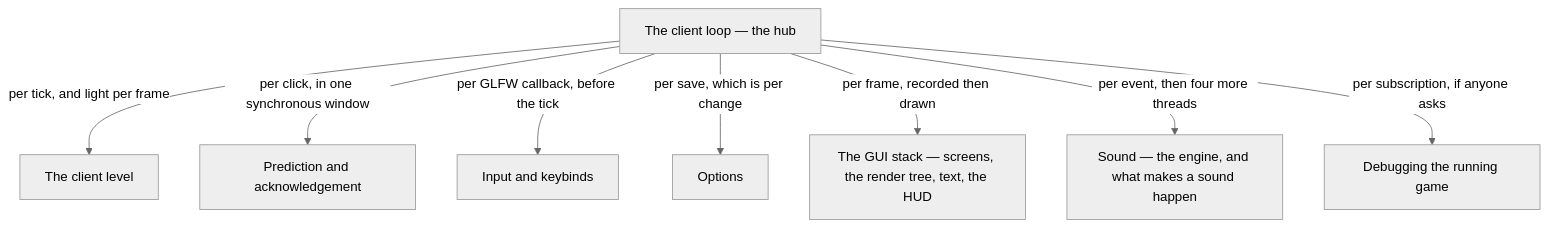
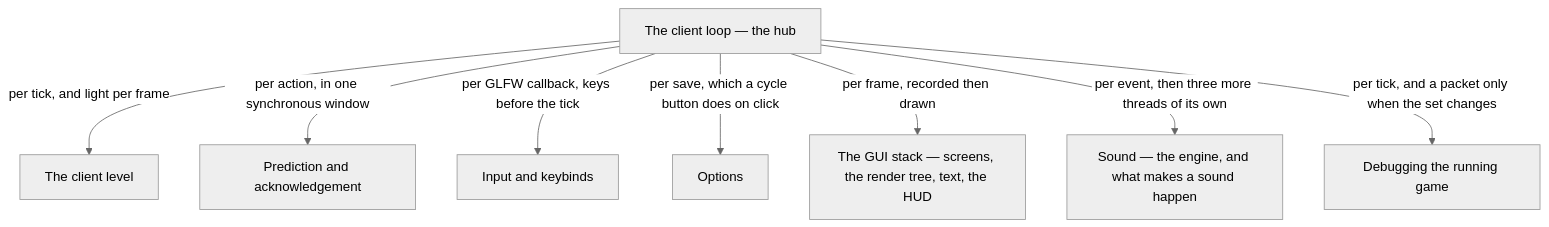
The diagram in src/systems/client/README.md (AlexanderjFraser/MinecraftDocs), drawn with Mermaid (neutral theme) before and after one commit. The commit also changed other lines of this file and 7 other files, not shown here.

````diff
--- a/src/systems/client/README.md
+++ b/src/systems/client/README.md
@@ -23,18 +27,18 @@
 ```mermaid
 flowchart TD
     LOOP["The client loop — the hub"]
     LEVEL["The client level"]
     PRED["Prediction and acknowledgement"]
     INPUT["Input and keybinds"]
     OPT["Options"]
     GUI["The GUI stack — screens, the render tree, text, the HUD"]
     SND["Sound — the engine, and what makes a sound happen"]
     DBG["Debugging the running game"]
     LOOP -- "per tick, and light per frame" --> LEVEL
-    LOOP -- "per click, in one synchronous window" --> PRED
-    LOOP -- "per GLFW callback, before the tick" --> INPUT
-    LOOP -- "per save, which is per change" --> OPT
+    LOOP -- "per action, in one synchronous window" --> PRED
+    LOOP -- "per GLFW callback, keys before the tick" --> INPUT
+    LOOP -- "per save, which a cycle button does on click" --> OPT
     LOOP -- "per frame, recorded then drawn" --> GUI
-    LOOP -- "per event, then four more threads" --> SND
-    LOOP -- "per subscription, if anyone asks" --> DBG
+    LOOP -- "per event, then three more threads of its own" --> SND
+    LOOP -- "per tick, and a packet only when the set changes" --> DBG
 ```
````
